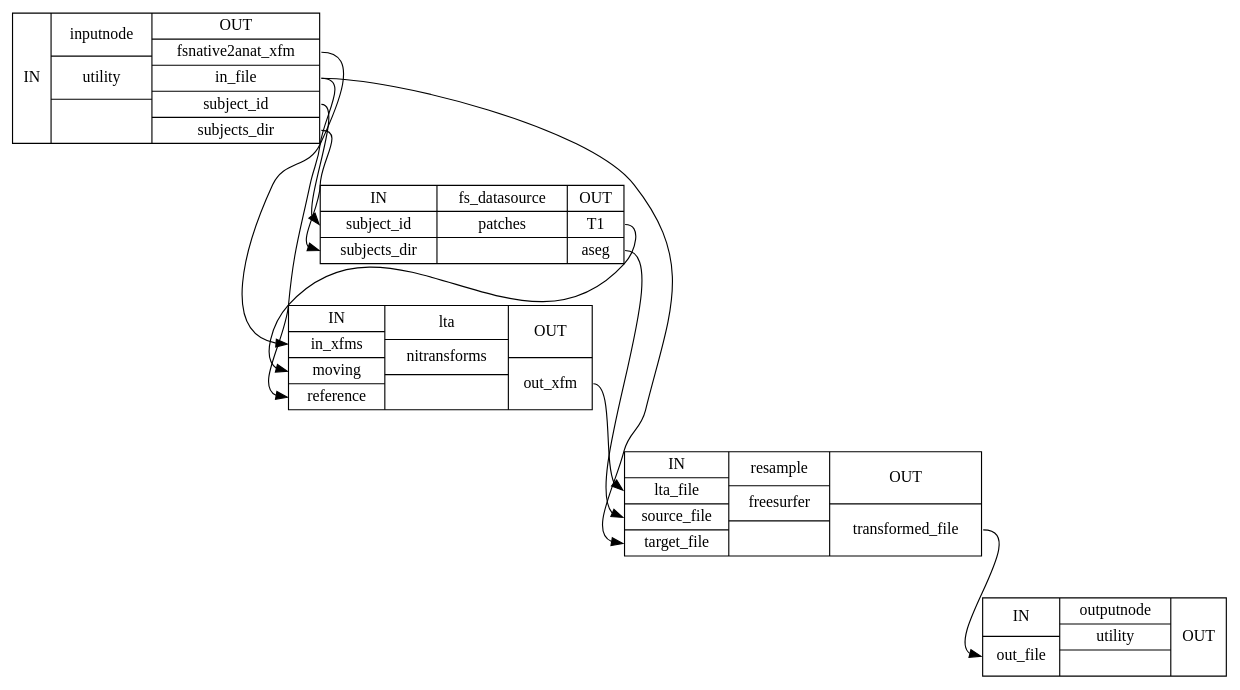
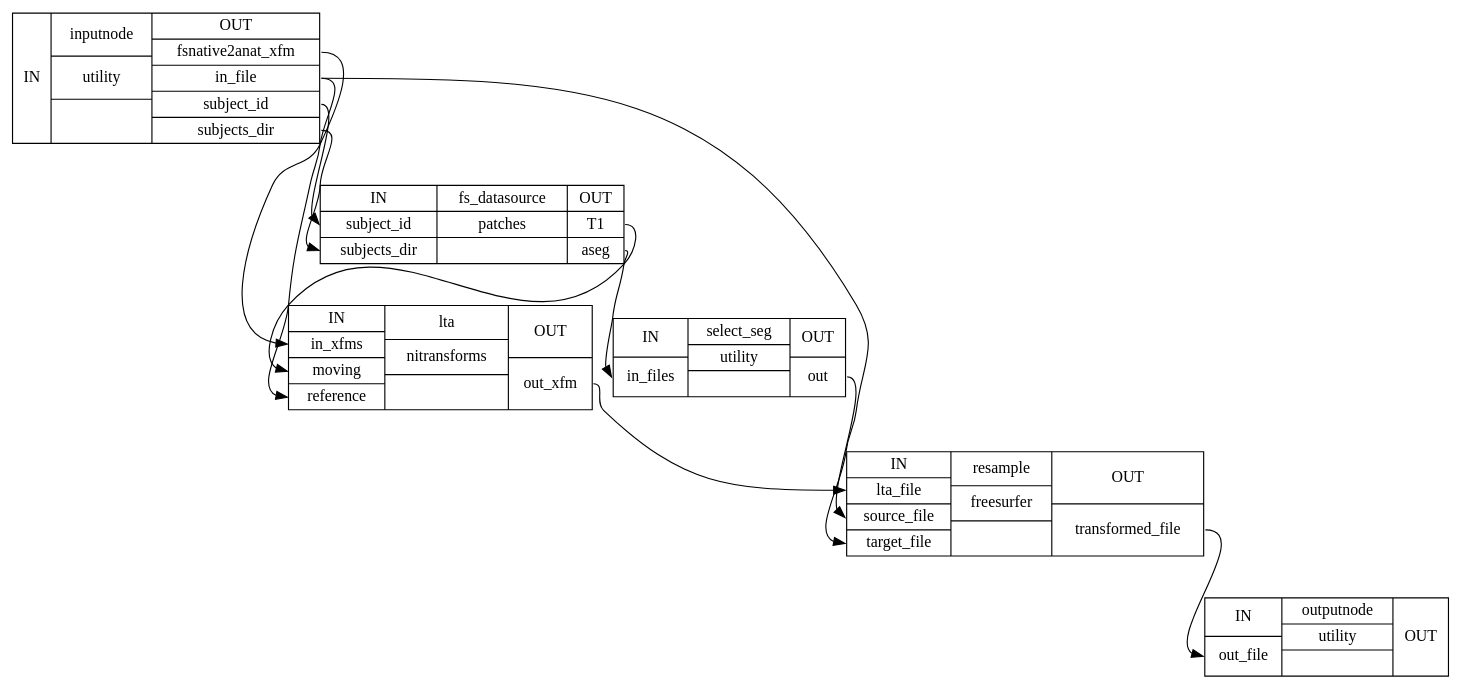
One commit to laviniawuensch/smriprep changed the diagram in wf_directive/api/segs_to_native_wf_aseg/smriprep-workflows-surfaces-9_detailed.dot. Above: the diagram before and after it, drawn with Graphviz. The commit also changed 2702 other files, not shown here.

```diff
--- a/wf_directive/api/segs_to_native_wf_aseg/smriprep-workflows-surfaces-9_detailed.dot
+++ b/wf_directive/api/segs_to_native_wf_aseg/smriprep-workflows-surfaces-9_detailed.dot
@@ -1,17 +1,19 @@
 digraph structs {
 node [shape=record];
 segs_to_native_wf_aseginputnode [label="{IN}|{ inputnode | utility |  }|{OUT|<outfsnative2anatxfm> fsnative2anat_xfm|<outinfile> in_file|<outsubjectid> subject_id|<outsubjectsdir> subjects_dir}"];
 segs_to_native_wf_asegfs_datasource [label="{IN|<insubjectid> subject_id|<insubjectsdir> subjects_dir}|{ fs_datasource | patches |  }|{OUT|<outT1> T1|<outaseg> aseg}"];
 segs_to_native_wf_aseglta [label="{IN|<ininxfms> in_xfms|<inmoving> moving|<inreference> reference}|{ lta | nitransforms |  }|{OUT|<outoutxfm> out_xfm}"];
+segs_to_native_wf_asegselect_seg [label="{IN|<ininfiles> in_files}|{ select_seg | utility |  }|{OUT|<outout> out}"];
 segs_to_native_wf_asegresample [label="{IN|<inltafile> lta_file|<insourcefile> source_file|<intargetfile> target_file}|{ resample | freesurfer |  }|{OUT|<outtransformedfile> transformed_file}"];
 segs_to_native_wf_asegoutputnode [label="{IN|<inoutfile> out_file}|{ outputnode | utility |  }|{OUT}"];
 segs_to_native_wf_asegfs_datasource:outT1:e -> segs_to_native_wf_aseglta:inmoving:w;
-segs_to_native_wf_asegfs_datasource:outaseg:e -> segs_to_native_wf_asegresample:insourcefile:w;
+segs_to_native_wf_asegfs_datasource:outaseg:e -> segs_to_native_wf_asegselect_seg:ininfiles:w;
 segs_to_native_wf_aseginputnode:outfsnative2anatxfm:e -> segs_to_native_wf_aseglta:ininxfms:w;
 segs_to_native_wf_aseginputnode:outinfile:e -> segs_to_native_wf_aseglta:inreference:w;
 segs_to_native_wf_aseginputnode:outinfile:e -> segs_to_native_wf_asegresample:intargetfile:w;
 segs_to_native_wf_aseginputnode:outsubjectid:e -> segs_to_native_wf_asegfs_datasource:insubjectid:w;
 segs_to_native_wf_aseginputnode:outsubjectsdir:e -> segs_to_native_wf_asegfs_datasource:insubjectsdir:w;
 segs_to_native_wf_aseglta:outoutxfm:e -> segs_to_native_wf_asegresample:inltafile:w;
 segs_to_native_wf_asegresample:outtransformedfile:e -> segs_to_native_wf_asegoutputnode:inoutfile:w;
+segs_to_native_wf_asegselect_seg:outout:e -> segs_to_native_wf_asegresample:insourcefile:w;
 }
```
